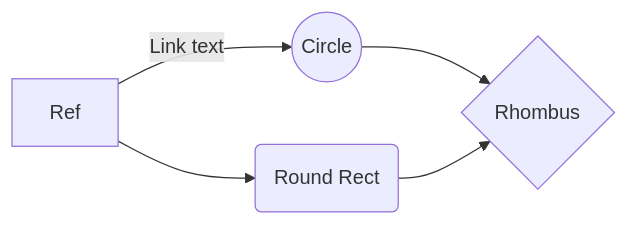
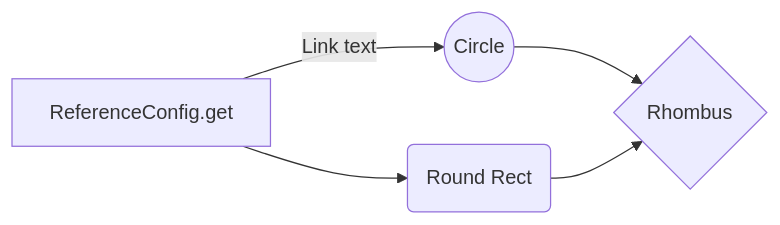
The third of 3 diagrams in dubbo/dubbo.md (zhudongdong/docs), drawn with Mermaid before and after one commit. The commit also changed other lines of this file, not shown here.

Commit message:
Uploaded by https://stackedit.io/

````diff
--- a/dubbo/dubbo.md
+++ b/dubbo/dubbo.md
@@ -211,7 +211,7 @@
 ```mermaid
 graph LR
-A[Ref] -- Link text --> B((Circle))
+A[ReferenceConfig.get] -- Link text --> B((Circle))
 A --> C(Round Rect)
 B --> D{Rhombus}
 C --> D
 ```
````
